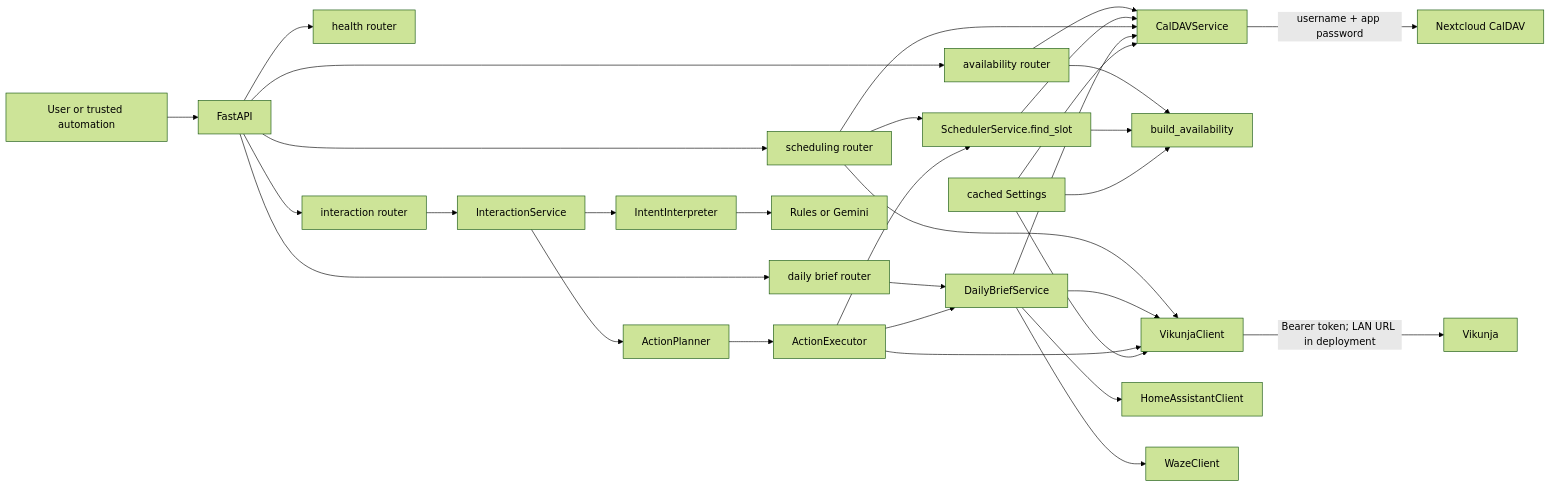
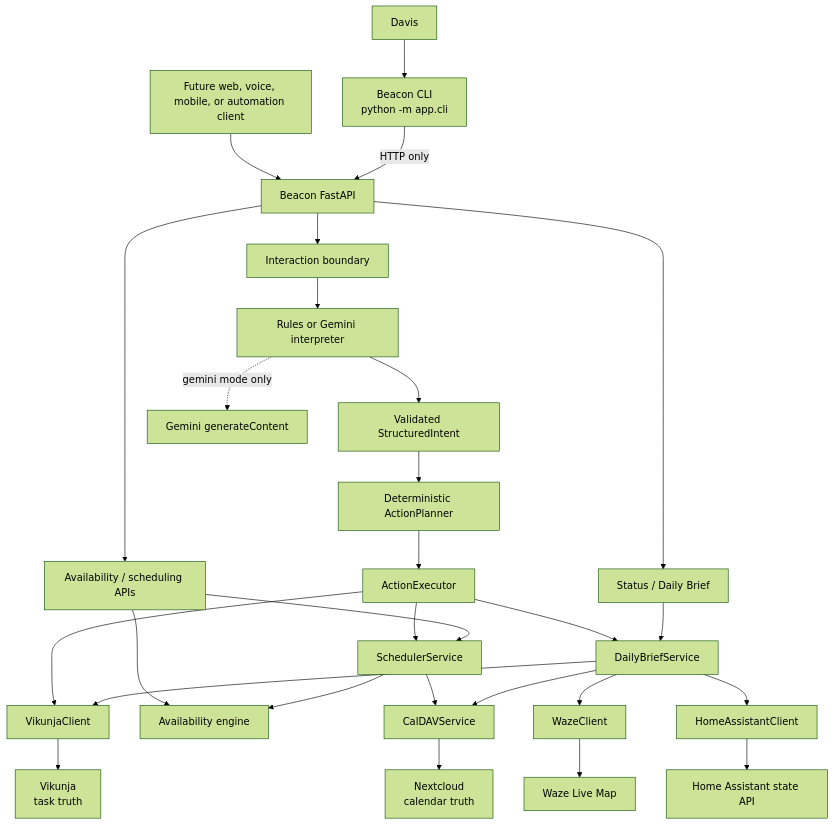
Before and after one commit to daviswmiller057/beacon-api: the diagram in docs/architecture.md, drawn with Mermaid (forest theme). The commit also changed other lines of this file and 12 other files, not shown here.

````diff
--- a/docs/architecture.md
+++ b/docs/architecture.md
@@ -11,34 +15,35 @@
 ```mermaid
-flowchart LR
-    Caller["User or trusted automation"] --> API["FastAPI"]
-    API --> H["health router"]
-    API --> AR["availability router"]
-    API --> SR["scheduling router"]
-    AR --> C["CalDAVService"]
-    AR --> E["build_availability"]
-    SR --> V["VikunjaClient"]
-    SR --> S["SchedulerService.find_slot"]
-    S --> C
-    S --> E
-    SR --> C
-    API --> DBR["daily brief router"]
-    DBR --> DBS["DailyBriefService"]
-    DBS --> C
-    DBS --> V
-    DBS --> HA["HomeAssistantClient"]
-    DBS --> W["WazeClient"]
-    API --> IR["interaction router"]
-    IR --> IS["InteractionService"]
-    IS --> II["IntentInterpreter"]
-    II --> RI["Rules or Gemini"]
-    IS --> AP["ActionPlanner"]
-    AP --> AE["ActionExecutor"]
-    AE --> V
-    AE --> S
-    AE --> DBS
-    V -->|"Bearer token; LAN URL in deployment"| VS["Vikunja"]
-    C -->|"username + app password"| NC["Nextcloud CalDAV"]
-    CFG["cached Settings"] --> V
-    CFG --> C
-    CFG --> E
+flowchart TD
+    User["Davis"] --> CLI["Beacon CLI\npython -m app.cli"]
+    Other["Future web, voice, mobile, or automation client"] --> API
+    CLI -->|"HTTP only"| API["Beacon FastAPI"]
+
+    API --> INT["Interaction boundary"]
+    API --> READ["Status / Daily Brief"]
+    API --> LOW["Availability / scheduling APIs"]
+
+    INT --> IP["Rules or Gemini interpreter"]
+    IP --> SI["Validated StructuredIntent"]
+    SI --> PLAN["Deterministic ActionPlanner"]
+    PLAN --> EXEC["ActionExecutor"]
+
+    EXEC --> V["VikunjaClient"]
+    EXEC --> S["SchedulerService"]
+    EXEC --> DB["DailyBriefService"]
+    LOW --> S
+    LOW --> AV["Availability engine"]
+    READ --> DB
+
+    S --> AV
+    S --> C["CalDAVService"]
+    DB --> C
+    DB --> V
+    DB --> W["WazeClient"]
+    DB --> HA["HomeAssistantClient"]
+
+    V --> VT["Vikunja\ntask truth"]
+    C --> NC["Nextcloud\ncalendar truth"]
+    W --> WZ["Waze Live Map"]
+    HA --> HAS["Home Assistant state API"]
+    IP -. "gemini mode only" .-> G["Gemini generateContent"]
 ```
````
